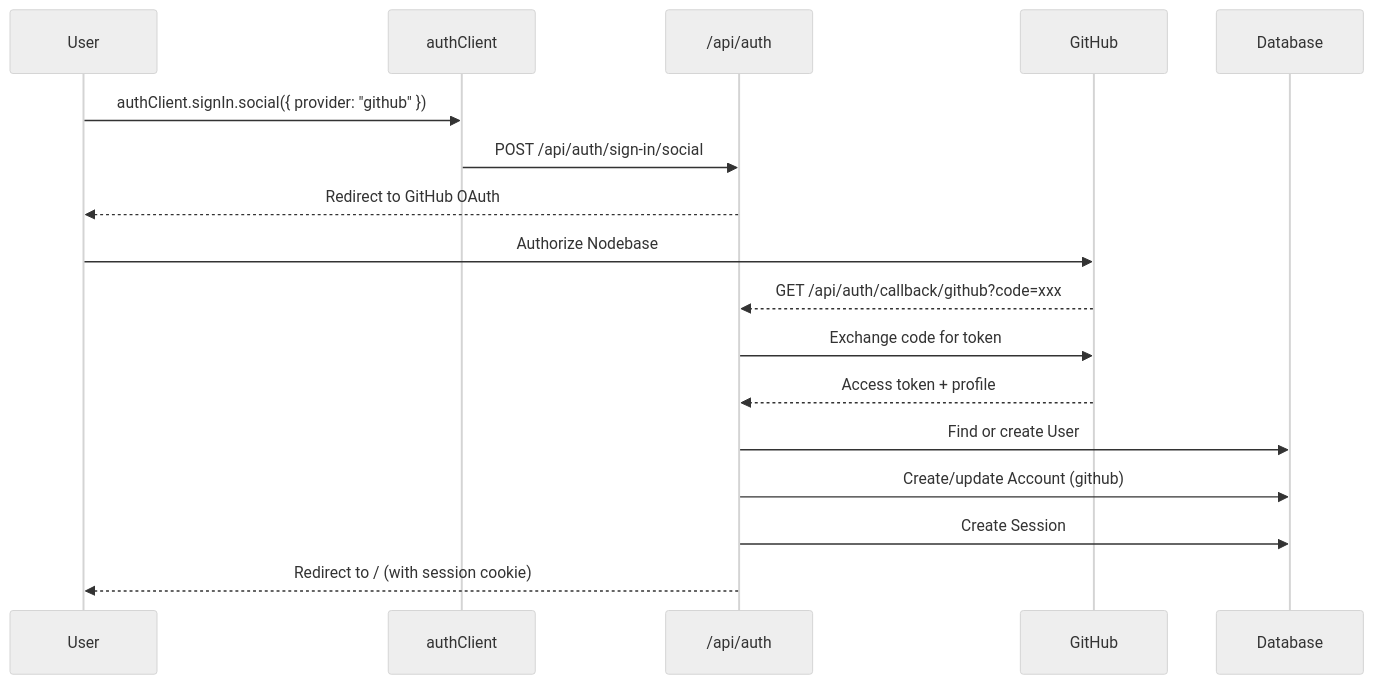
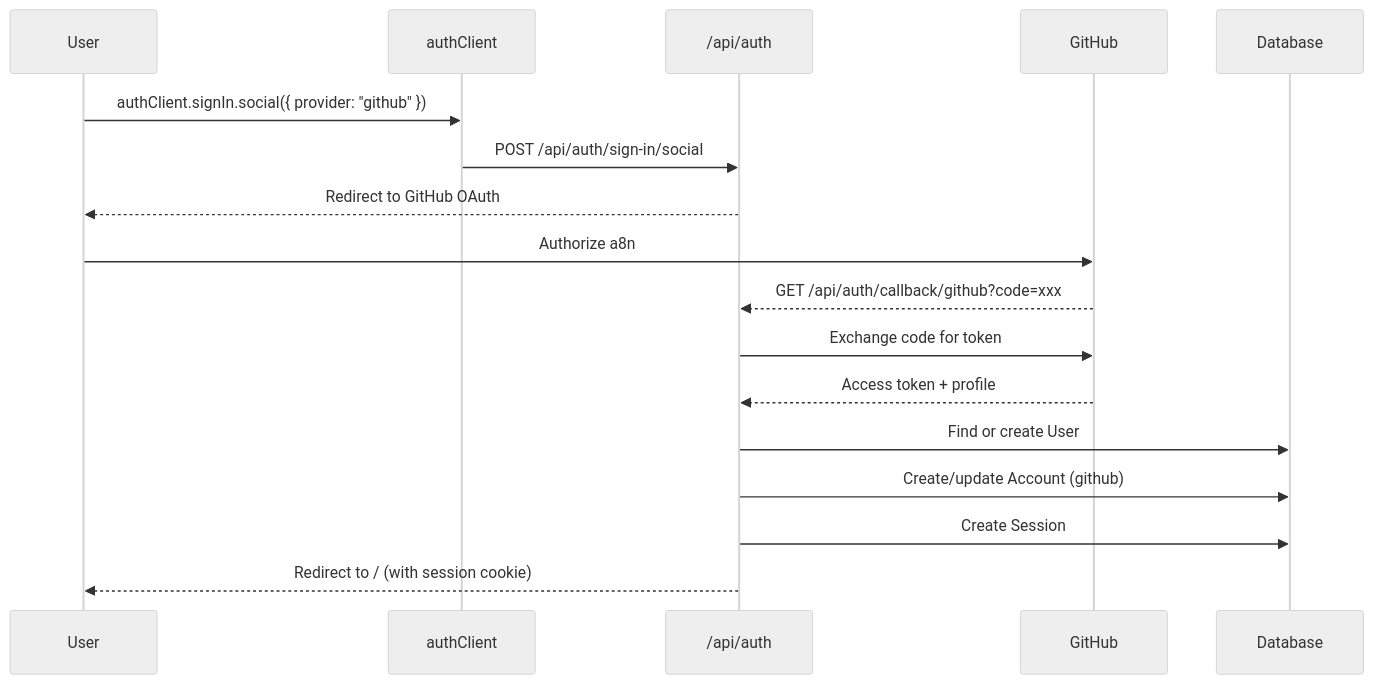
The fifth of 5 diagrams in docs/AUTHENTICATION.md (aditya-deokar/a8n), drawn with Mermaid (neutral theme) before and after one commit. The commit also changed other lines of this file and 69 other files, not shown here.

Commit message:
feat: implement core MCP server architecture, authentication middleware, and comprehensive project documentation

````diff
--- a/docs/AUTHENTICATION.md
+++ b/docs/AUTHENTICATION.md
@@ -490,20 +490,20 @@
 ```mermaid
 sequenceDiagram
     participant U as User
     participant AC as authClient
     participant API as /api/auth
     participant GH as GitHub
     participant DB as Database
 
     U->>AC: authClient.signIn.social({ provider: "github" })
     AC->>API: POST /api/auth/sign-in/social
     API-->>U: Redirect to GitHub OAuth
-    U->>GH: Authorize Nodebase
+    U->>GH: Authorize a8n
     GH-->>API: GET /api/auth/callback/github?code=xxx
     API->>GH: Exchange code for token
     GH-->>API: Access token + profile
     API->>DB: Find or create User
     API->>DB: Create/update Account (github)
     API->>DB: Create Session
     API-->>U: Redirect to / (with session cookie)
 ```
````
